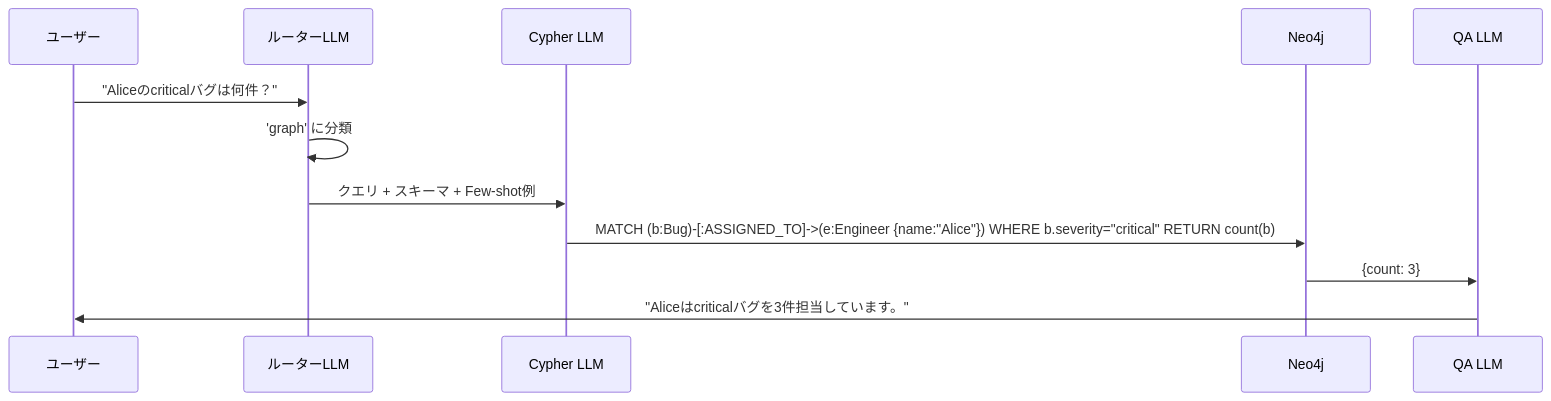
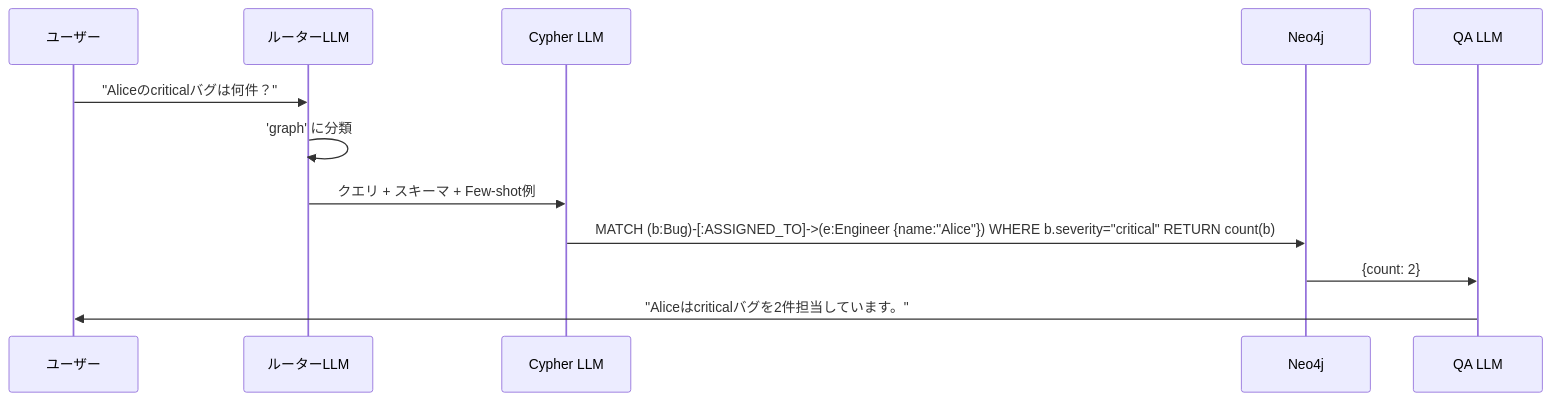
The second of 2 diagrams in docs/ja/s06.md (takanorisuzuki/learn-kg), drawn with Mermaid before and after one commit. The commit also changed other lines of this file and 13 other files, not shown here.

````diff
--- a/docs/ja/s06.md
+++ b/docs/ja/s06.md
@@ -168,15 +172,15 @@
 ```mermaid
 sequenceDiagram
     participant U as ユーザー
     participant RT as ルーターLLM
     participant CL as Cypher LLM
     participant G as Neo4j
     participant QL as QA LLM
 
     U->>RT: "Aliceのcriticalバグは何件？"
     RT->>RT: 'graph' に分類
     RT->>CL: クエリ + スキーマ + Few-shot例
     CL->>G: MATCH (b:Bug)-[:ASSIGNED_TO]->(e:Engineer {name:"Alice"}) WHERE b.severity="critical" RETURN count(b)
-    G->>QL: {count: 3}
-    QL->>U: "Aliceはcriticalバグを3件担当しています。"
+    G->>QL: {count: 2}
+    QL->>U: "Aliceはcriticalバグを2件担当しています。"
 ```
````
